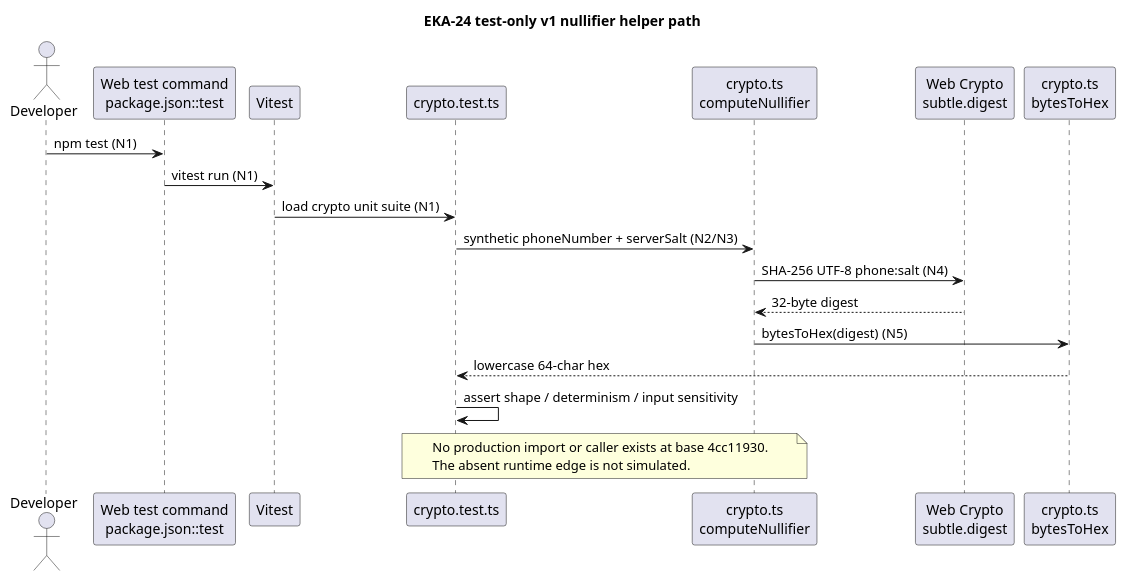
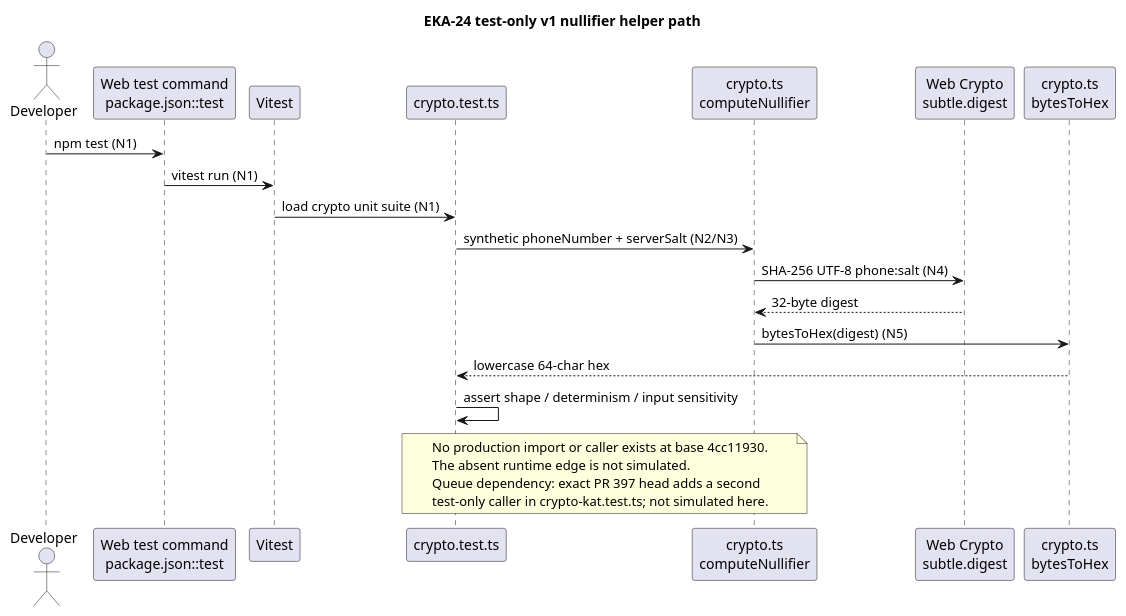
Before and after one commit to NeaBouli/pnyx: the second of 2 diagrams in docs/architecture/main-path.puml, drawn with PlantUML. The commit also changed 6 other files, not shown here.

Commit message:
docs(architecture): record EKA-24 dependency on PR 397

```diff
--- a/docs/architecture/main-path.puml
+++ b/docs/architecture/main-path.puml
@@ -39,27 +39,29 @@
 @startuml
 ' EKA-24 main path — only the built unit-test trace; no production path exists
 title EKA-24 test-only v1 nullifier helper path
 
 actor Developer
 participant "Web test command\npackage.json::test" as TESTCMD
 participant "Vitest" as VITEST
 participant "crypto.test.ts" as TESTS
 participant "crypto.ts\ncomputeNullifier" as HELPER
 participant "Web Crypto\nsubtle.digest" as WEBCRYPTO
 participant "crypto.ts\nbytesToHex" as HEX
 
 Developer -> TESTCMD : npm test (N1)
 TESTCMD -> VITEST : vitest run (N1)
 VITEST -> TESTS : load crypto unit suite (N1)
 TESTS -> HELPER : synthetic phoneNumber + serverSalt (N2/N3)
 HELPER -> WEBCRYPTO : SHA-256 UTF-8 phone:salt (N4)
 WEBCRYPTO --> HELPER : 32-byte digest
 HELPER -> HEX : bytesToHex(digest) (N5)
 HEX --> TESTS : lowercase 64-char hex
 TESTS -> TESTS : assert shape / determinism / input sensitivity
 
 note over TESTS,HELPER
   No production import or caller exists at base 4cc11930.
   The absent runtime edge is not simulated.
+  Queue dependency: exact PR 397 head adds a second
+  test-only caller in crypto-kat.test.ts; not simulated here.
 end note
 @enduml
```
